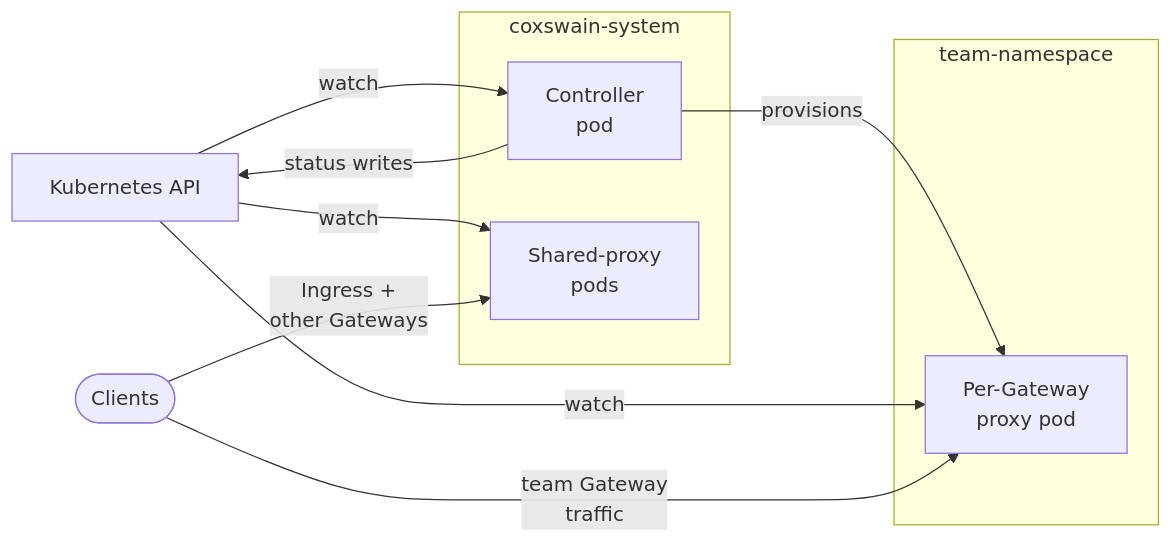
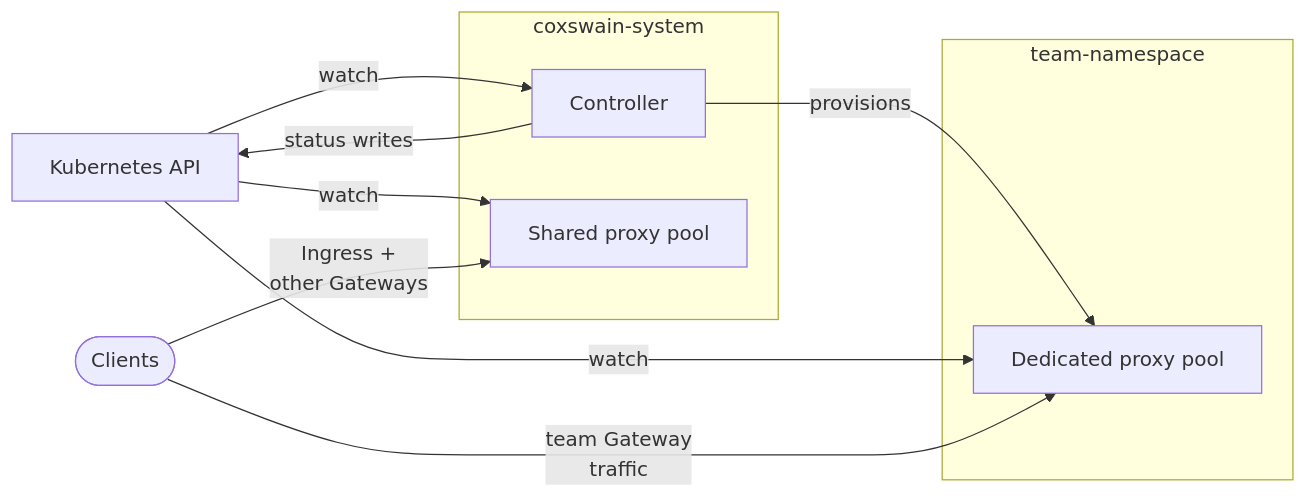
The fourth of 6 diagrams in docs/src/architecture.md (coxswain-labs/coxswain), drawn with Mermaid before and after one commit. The commit also changed other lines of this file and 11 other files, not shown here.

````diff
--- a/docs/src/architecture.md
+++ b/docs/src/architecture.md
@@ -80,22 +102,22 @@
 ```mermaid
 flowchart LR
     K8s[Kubernetes API]
 
     subgraph cs[coxswain-system]
-        C[Controller\npod]
-        SP[Shared-proxy\npods]
+        C[Controller]
+        SP[Shared proxy pool]
     end
 
     subgraph ns[team-namespace]
-        GP[Per-Gateway\nproxy pod]
+        GP[Dedicated proxy pool]
     end
 
     K8s -->|watch| C
     C -->|status writes| K8s
     C -->|provisions| GP
     K8s -->|watch| SP
     K8s -->|watch| GP
 
     Clients([Clients]) -->|Ingress +\nother Gateways| SP
     Clients -->|team Gateway\ntraffic| GP
 ```
````
